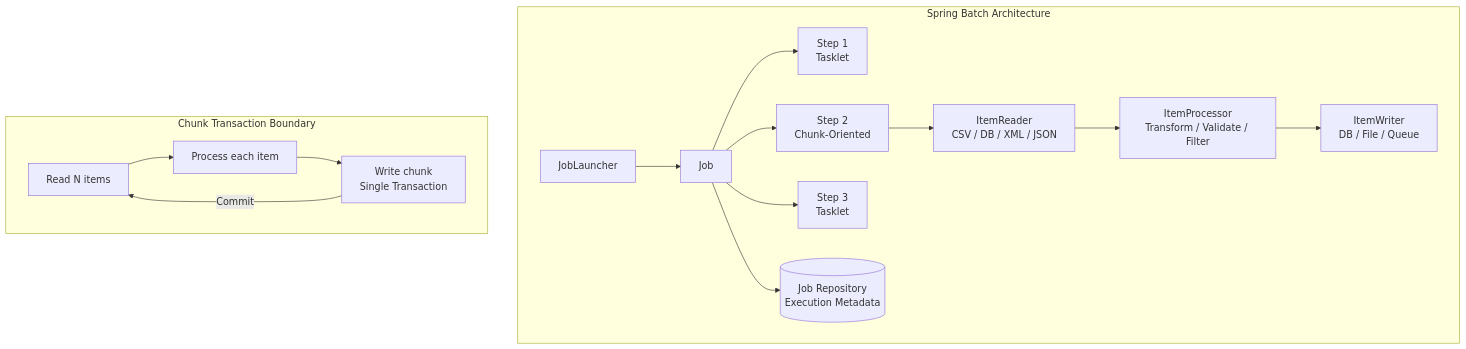
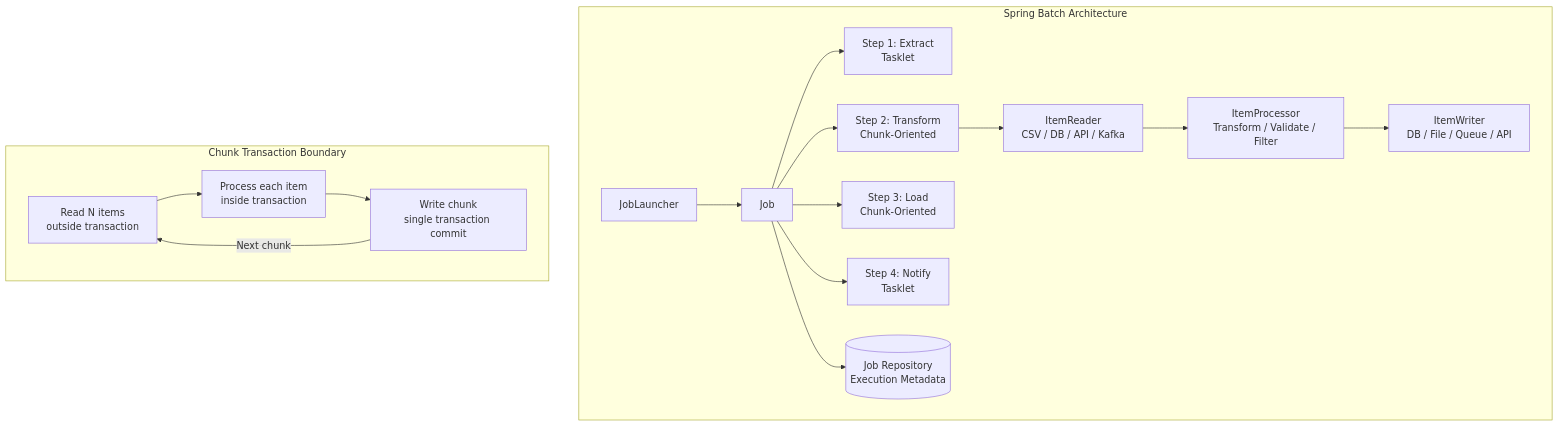
The first of 3 diagrams in content/backend/spring-framework/spring-batch.md (aabdulk862/cs-reference-guide), drawn with Mermaid before and after one commit. The commit also changed other lines of this file and 113 other files, not shown here.

````diff
--- a/content/backend/spring-framework/spring-batch.md
+++ b/content/backend/spring-framework/spring-batch.md
@@ -225,21 +455,22 @@
 ```mermaid
 graph TB
     subgraph "Spring Batch Architecture"
         LAUNCHER[JobLauncher] --> JOB[Job]
-        JOB --> STEP1[Step 1<br/>Tasklet]
-        JOB --> STEP2[Step 2<br/>Chunk-Oriented]
-        JOB --> STEP3[Step 3<br/>Tasklet]
+        JOB --> STEP1[Step 1: Extract<br/>Tasklet]
+        JOB --> STEP2[Step 2: Transform<br/>Chunk-Oriented]
+        JOB --> STEP3[Step 3: Load<br/>Chunk-Oriented]
+        JOB --> STEP4[Step 4: Notify<br/>Tasklet]
 
-        STEP2 --> READER[ItemReader<br/>CSV / DB / XML / JSON]
+        STEP2 --> READER[ItemReader<br/>CSV / DB / API / Kafka]
         READER --> PROCESSOR[ItemProcessor<br/>Transform / Validate / Filter]
-        PROCESSOR --> WRITER[ItemWriter<br/>DB / File / Queue]
+        PROCESSOR --> WRITER[ItemWriter<br/>DB / File / Queue / API]
 
         JOB --> REPO[(Job Repository<br/>Execution Metadata)]
     end
 
     subgraph "Chunk Transaction Boundary"
-        READ[Read N items] --> PROCESS[Process each item]
-        PROCESS --> WRITE[Write chunk<br/>Single Transaction]
-        WRITE -->|Commit| READ
+        READ[Read N items<br/>outside transaction] --> PROCESS[Process each item<br/>inside transaction]
+        PROCESS --> WRITE[Write chunk<br/>single transaction commit]
+        WRITE -->|Next chunk| READ
     end
 ```
````
